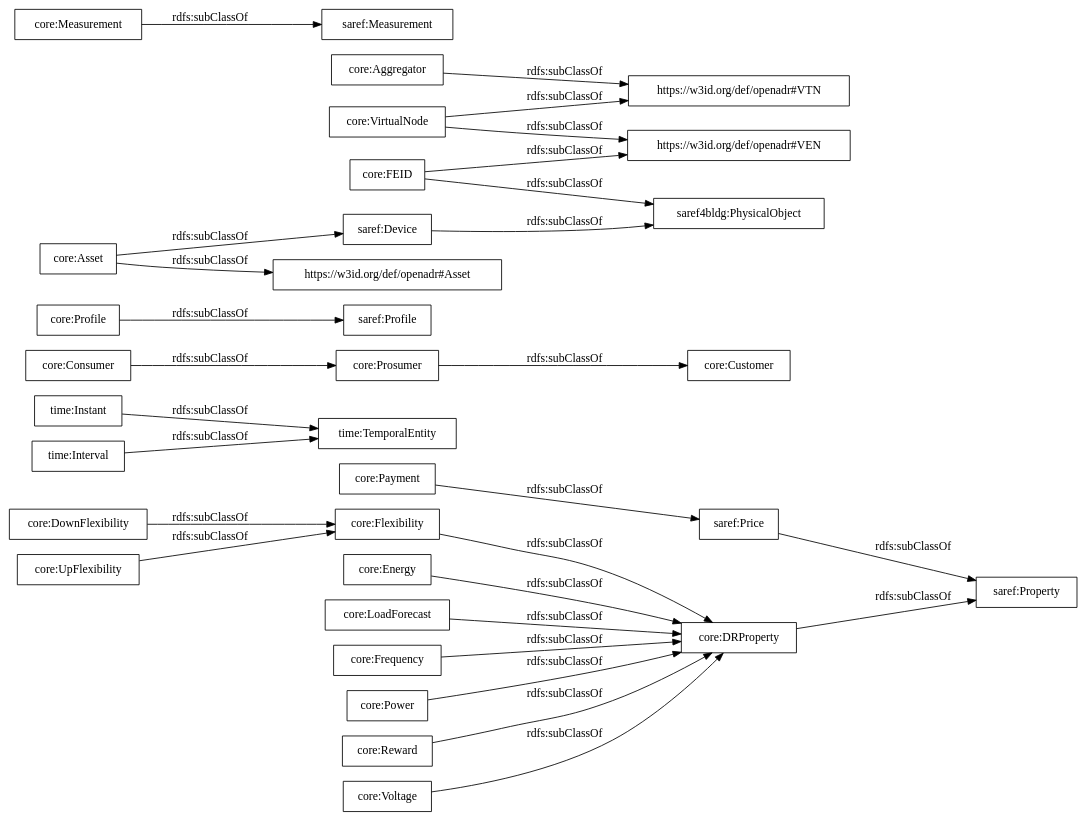
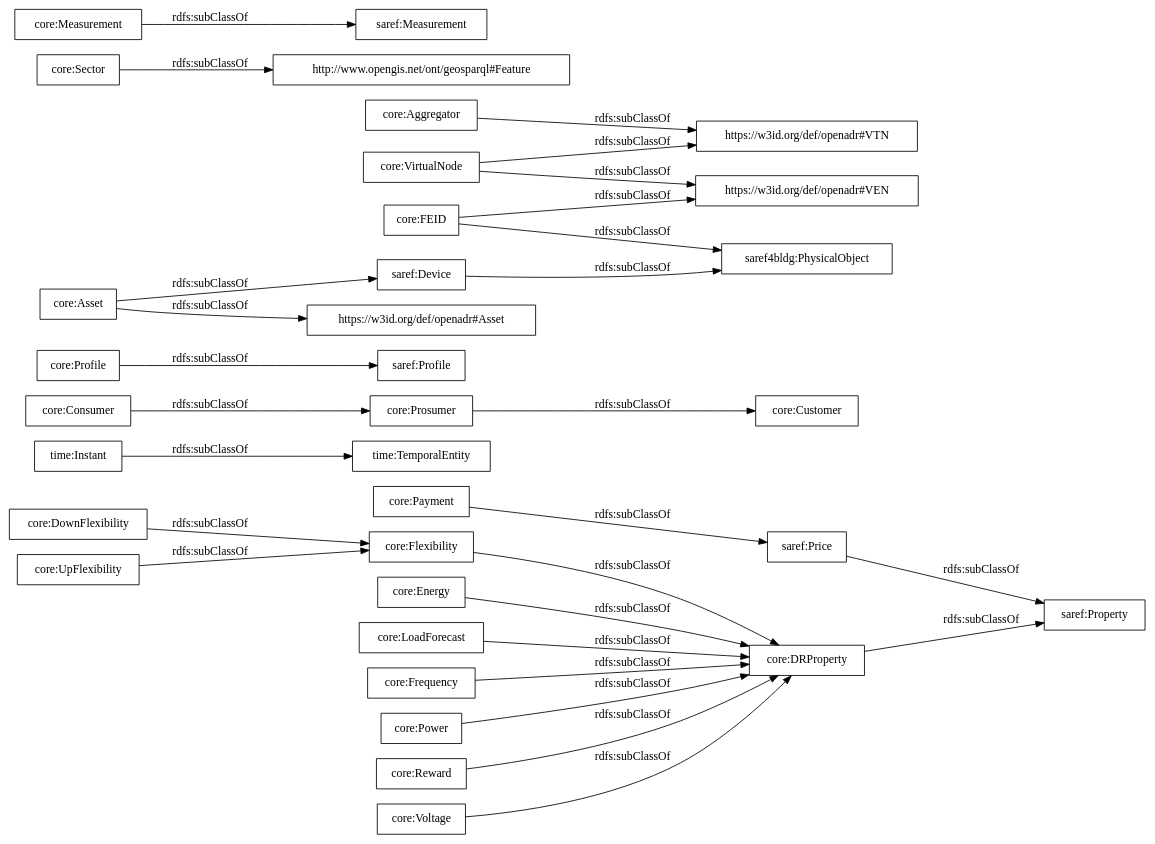
The diagram in OnToology/ontology/delta.ttl/diagrams/ar2dtool-taxonomy/delta.ttl.png.dot (oeg-upm/delta-ontology), drawn with Graphviz before and after one commit. The commit also changed 15 other files, not shown here.

```diff
--- a/OnToology/ontology/delta.ttl/diagrams/ar2dtool-taxonomy/delta.ttl.png.dot
+++ b/OnToology/ontology/delta.ttl/diagrams/ar2dtool-taxonomy/delta.ttl.png.dot
@@ -1,32 +1,32 @@
 digraph ar2dtool_diagram { 
 rankdir=LR;
 size="1000"
-node [shape = rectangle, color="black"]; "core:DownFlexibility" "core:LoadForecast" "time:Instant" "core:Frequency" "core:Customer" "core:Power" "saref:Profile" "core:VirtualNode" "core:DRProperty" "saref:Device" "saref4bldg:PhysicalObject" "core:Consumer" "core:Aggregator" "core:Measurement" "core:Prosumer" "saref:Measurement" "core:Reward" "time:Interval" "time:TemporalEntity" "saref:Price" "core:Asset" "core:Flexibility" "core:Voltage" "saref:Property" "core:Profile" "core:UpFlexibility" "core:FEID" "core:Energy" "core:Payment" ; /*classes style*/
+node [shape = rectangle, color="black"]; "core:DownFlexibility" "core:LoadForecast" "time:Instant" "core:Frequency" "core:Customer" "core:Power" "saref:Profile" "core:VirtualNode" "core:Sector" "core:DRProperty" "saref:Device" "saref4bldg:PhysicalObject" "core:Consumer" "core:Aggregator" "core:Measurement" "core:Prosumer" "saref:Measurement" "core:Reward" "time:TemporalEntity" "saref:Price" "core:Asset" "core:Flexibility" "http://www.opengis.net/ont/geosparql#Feature" "core:Voltage" "saref:Property" "core:Profile" "core:UpFlexibility" "core:FEID" "core:Energy" "core:Payment" ; /*classes style*/
+	"core:DownFlexibility" -> "core:Flexibility" [ label = "rdfs:subClassOf" ];
 	"saref:Price" -> "saref:Property" [ label = "rdfs:subClassOf" ];
-	"core:DownFlexibility" -> "core:Flexibility" [ label = "rdfs:subClassOf" ];
 	"core:Flexibility" -> "core:DRProperty" [ label = "rdfs:subClassOf" ];
 	"core:Payment" -> "saref:Price" [ label = "rdfs:subClassOf" ];
 	"core:Measurement" -> "saref:Measurement" [ label = "rdfs:subClassOf" ];
 	"core:VirtualNode" -> "https://w3id.org/def/openadr#VTN" [ label = "rdfs:subClassOf" ];
 	"core:VirtualNode" -> "https://w3id.org/def/openadr#VEN" [ label = "rdfs:subClassOf" ];
 	"core:Voltage" -> "core:DRProperty" [ label = "rdfs:subClassOf" ];
+	"core:Sector" -> "http://www.opengis.net/ont/geosparql#Feature" [ label = "rdfs:subClassOf" ];
 	"core:UpFlexibility" -> "core:Flexibility" [ label = "rdfs:subClassOf" ];
 	"core:Aggregator" -> "https://w3id.org/def/openadr#VTN" [ label = "rdfs:subClassOf" ];
 	"core:DRProperty" -> "saref:Property" [ label = "rdfs:subClassOf" ];
 	"core:FEID" -> "saref4bldg:PhysicalObject" [ label = "rdfs:subClassOf" ];
 	"core:FEID" -> "https://w3id.org/def/openadr#VEN" [ label = "rdfs:subClassOf" ];
-	"time:Interval" -> "time:TemporalEntity" [ label = "rdfs:subClassOf" ];
 	"core:Energy" -> "core:DRProperty" [ label = "rdfs:subClassOf" ];
 	"core:Power" -> "core:DRProperty" [ label = "rdfs:subClassOf" ];
 	"core:Asset" -> "saref:Device" [ label = "rdfs:subClassOf" ];
 	"core:Asset" -> "https://w3id.org/def/openadr#Asset" [ label = "rdfs:subClassOf" ];
 	"core:Frequency" -> "core:DRProperty" [ label = "rdfs:subClassOf" ];
 	"core:Prosumer" -> "core:Customer" [ label = "rdfs:subClassOf" ];
 	"core:LoadForecast" -> "core:DRProperty" [ label = "rdfs:subClassOf" ];
 	"time:Instant" -> "time:TemporalEntity" [ label = "rdfs:subClassOf" ];
 	"core:Profile" -> "saref:Profile" [ label = "rdfs:subClassOf" ];
 	"core:Consumer" -> "core:Prosumer" [ label = "rdfs:subClassOf" ];
 	"core:Reward" -> "core:DRProperty" [ label = "rdfs:subClassOf" ];
 	"saref:Device" -> "saref4bldg:PhysicalObject" [ label = "rdfs:subClassOf" ];
 
 }
```
